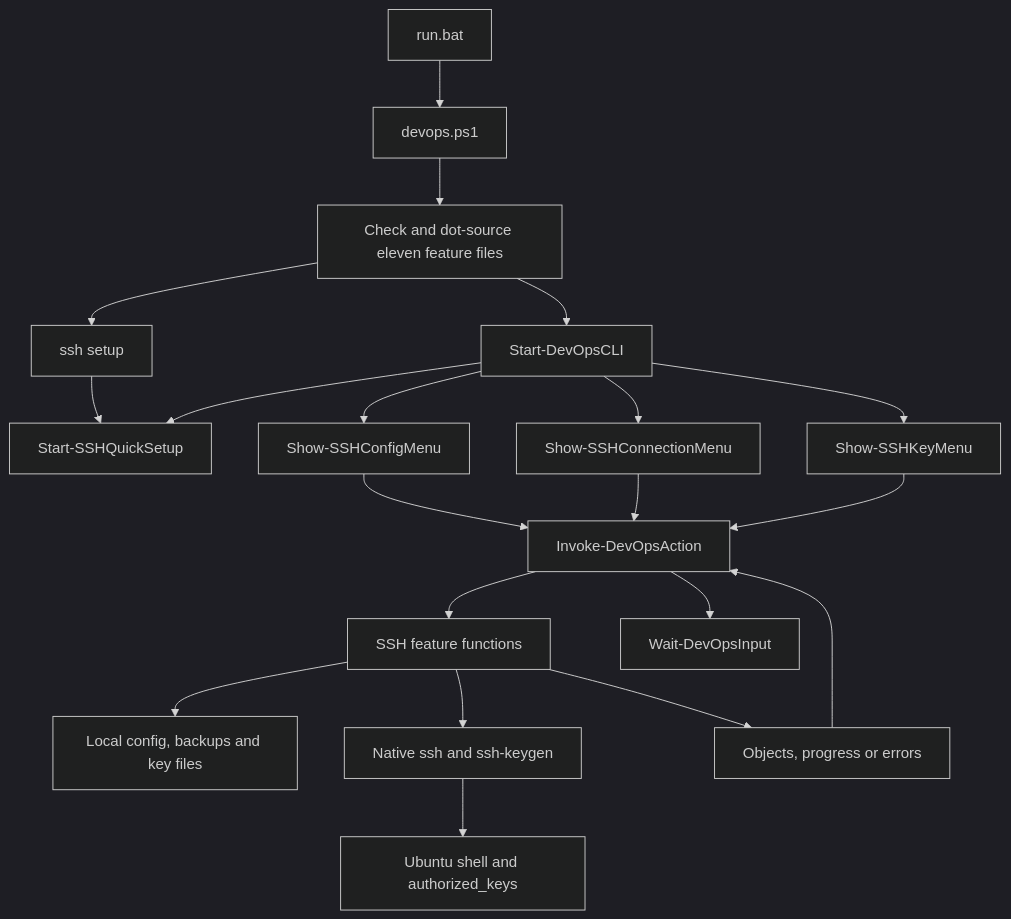
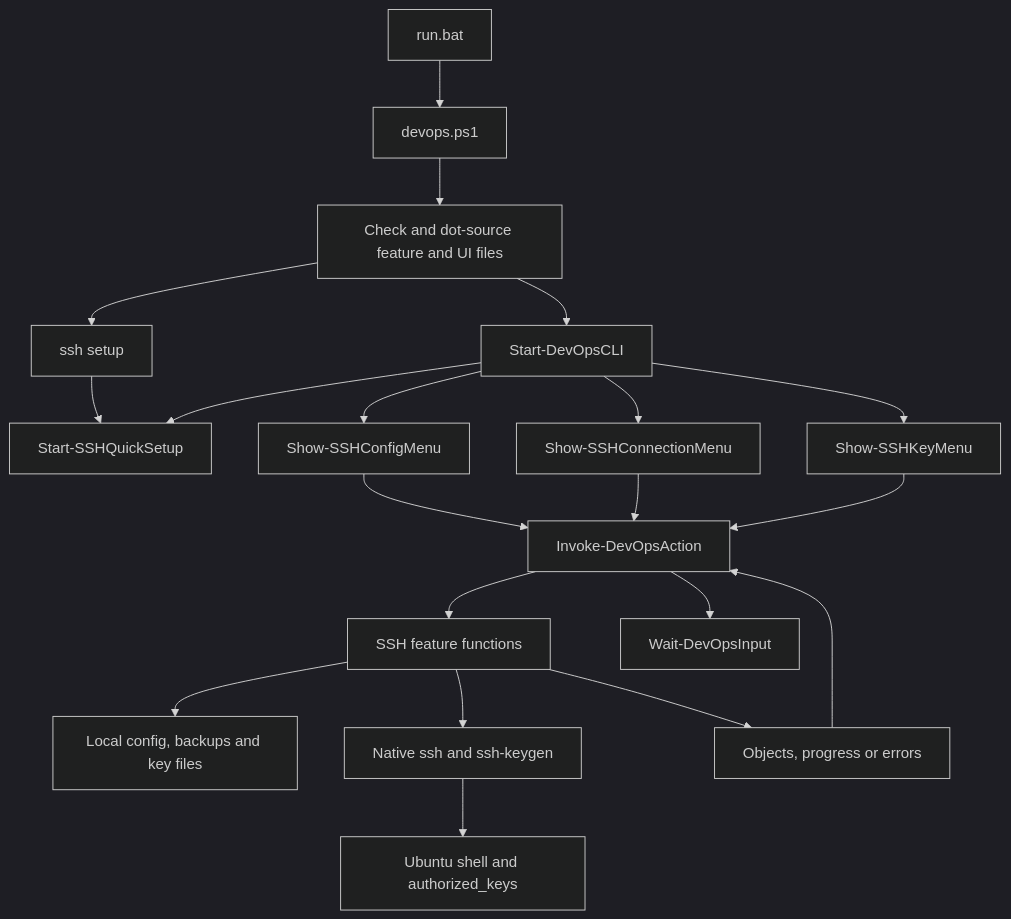
Before and after one commit to Eqooid/devops-cli: the diagram in docs/developer/architecture.md, drawn with Mermaid (dark theme). The commit also changed other lines of this file and 14 other files, not shown here.

````diff
--- a/docs/developer/architecture.md
+++ b/docs/developer/architecture.md
@@ -22,22 +22,22 @@
 ```mermaid
 flowchart TD
     BAT[run.bat] --> ENTRY[devops.ps1]
-    ENTRY --> LOAD[Check and dot-source eleven feature files]
+    ENTRY --> LOAD[Check and dot-source feature and UI files]
     LOAD --> MAIN[Start-DevOpsCLI]
     LOAD --> COMMAND[ssh setup]
     COMMAND --> SETUP[Start-SSHQuickSetup]
     MAIN --> SETUP
     MAIN --> CONFIG[Show-SSHConfigMenu]
     MAIN --> CONNECTION[Show-SSHConnectionMenu]
     MAIN --> KEY[Show-SSHKeyMenu]
     CONFIG --> ACTION[Invoke-DevOpsAction]
     CONNECTION --> ACTION
     KEY --> ACTION
     ACTION --> FUNCTIONS[SSH feature functions]
     FUNCTIONS --> LOCAL[Local config, backups and key files]
     FUNCTIONS --> SSH[Native ssh and ssh-keygen]
     SSH --> REMOTE[Ubuntu shell and authorized_keys]
     FUNCTIONS --> OUTPUT[Objects, progress or errors]
     OUTPUT --> ACTION
     ACTION --> WAIT[Wait-DevOpsInput]
 ```
````
